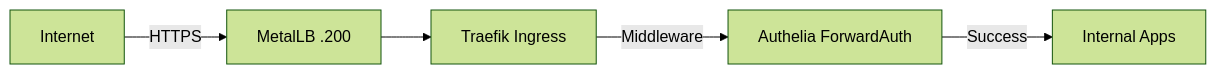
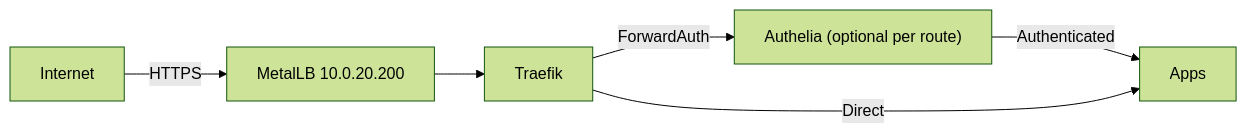
Before and after one commit to dwoitzik/homelab-infrastructure: the diagram in docs/k3s-architecture.md, drawn with Mermaid (forest theme). The commit also changed other lines of this file and 46 other files, not shown here.

````diff
--- a/docs/k3s-architecture.md
+++ b/docs/k3s-architecture.md
@@ -23,7 +28,8 @@
 ```mermaid
 graph LR
-    Internet -->|HTTPS| MetalLB[MetalLB .200]
-    MetalLB --> Traefik[Traefik Ingress]
-    Traefik -->|Middleware| Authelia[Authelia ForwardAuth]
-    Authelia -->|Success| Apps[Internal Apps]
+    Internet -->|HTTPS| MetalLB["MetalLB 10.0.20.200"]
+    MetalLB --> Traefik["Traefik"]
+    Traefik -->|ForwardAuth| Authelia["Authelia (optional per route)"]
+    Authelia -->|Authenticated| Apps["Apps"]
+    Traefik -->|Direct| Apps
 ```
````
